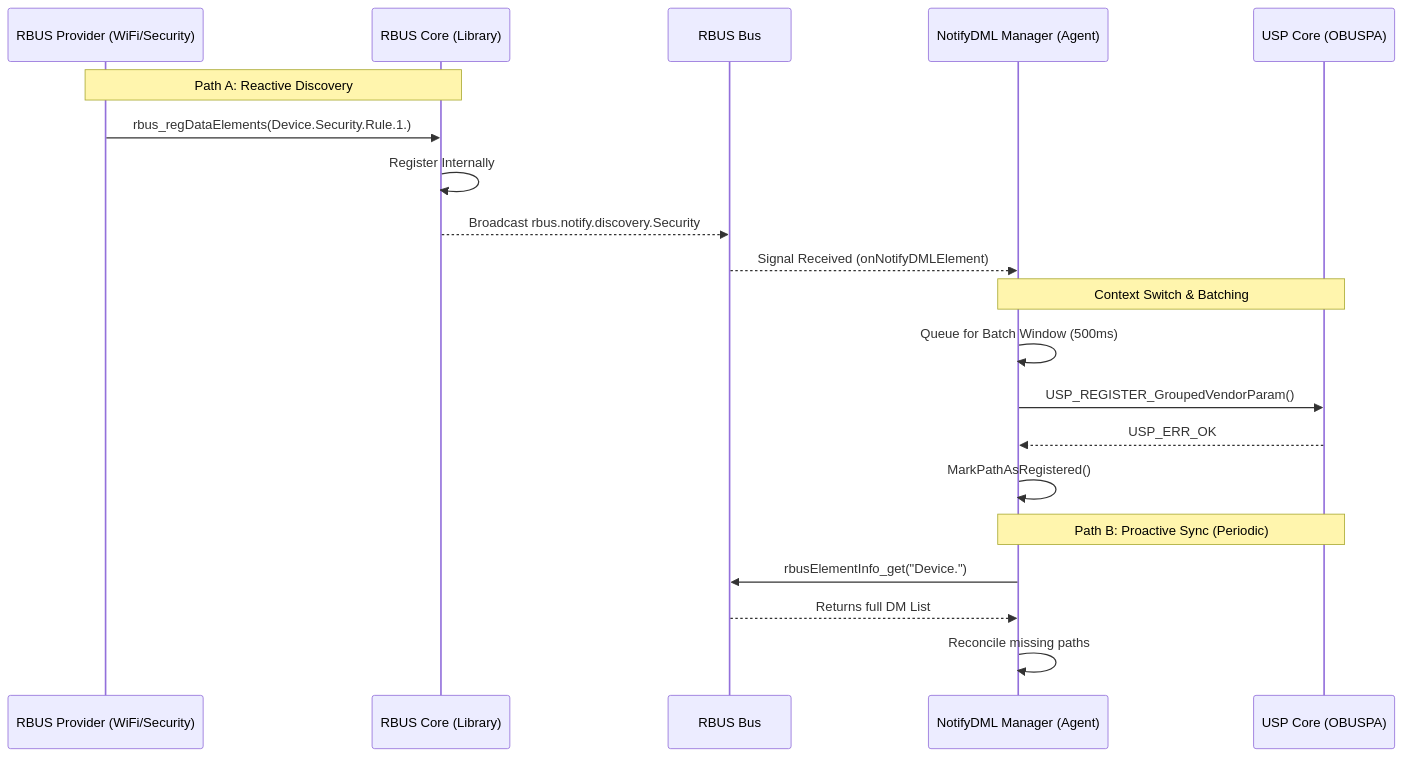
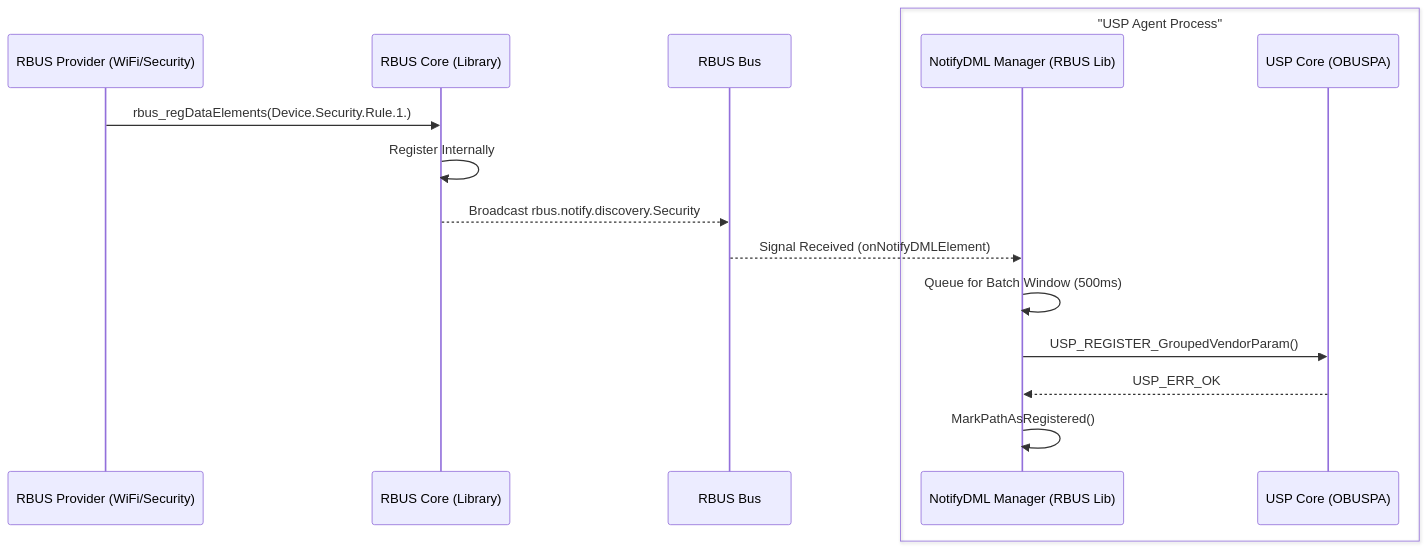
The first of 2 diagrams in de_dm_notify/RDK_DM_Discovery_Master_Guide.md (rdkcentral/usp-pa-vendor-rdk), drawn with Mermaid before and after one commit. The commit also changed other lines of this file, not shown here.

Commit message:
docs: Clarify NotifyDML Manager's role and detail two distinct data model discovery paths (Reactive and Proactive) with updated diagrams.

````diff
--- a/de_dm_notify/RDK_DM_Discovery_Master_Guide.md
+++ b/de_dm_notify/RDK_DM_Discovery_Master_Guide.md
@@ -28,25 +40,19 @@
 ```mermaid
 sequenceDiagram
     participant P as RBUS Provider (WiFi/Security)
     participant C as RBUS Core (Library)
     participant B as RBUS Bus
-    participant M as NotifyDML Manager (Agent)
-    participant U as USP Core (OBUSPA)
+    box "USP Agent Process"
+        participant M as NotifyDML Manager (RBUS Lib)
+        participant U as USP Core (OBUSPA)
+    end
 
-    Note over P,C: Path A: Reactive Discovery
     P->>C: rbus_regDataElements(Device.Security.Rule.1.)
     C->>C: Register Internally
     C-->>B: Broadcast rbus.notify.discovery.Security
     B-->>M: Signal Received (onNotifyDMLElement)
-    
-    Note over M,U: Context Switch & Batching
     M->>M: Queue for Batch Window (500ms)
     M->>U: USP_REGISTER_GroupedVendorParam()
     U-->>M: USP_ERR_OK
     M->>M: MarkPathAsRegistered()
-    
-    Note over M,U: Path B: Proactive Sync (Periodic)
-    M->>B: rbusElementInfo_get("Device.")
-    B-->>M: Returns full DM List
-    M->>M: Reconcile missing paths
 ```
````
